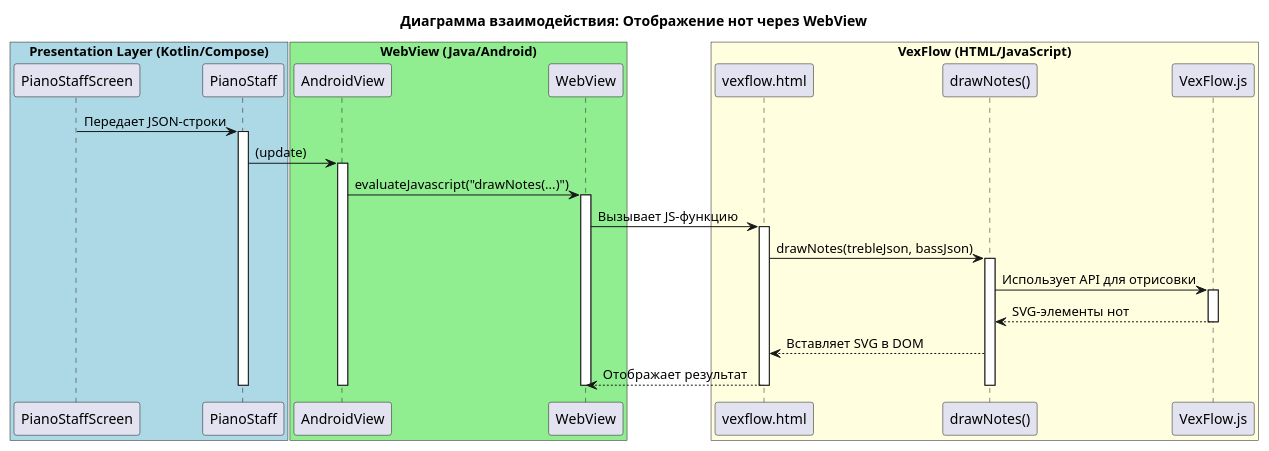
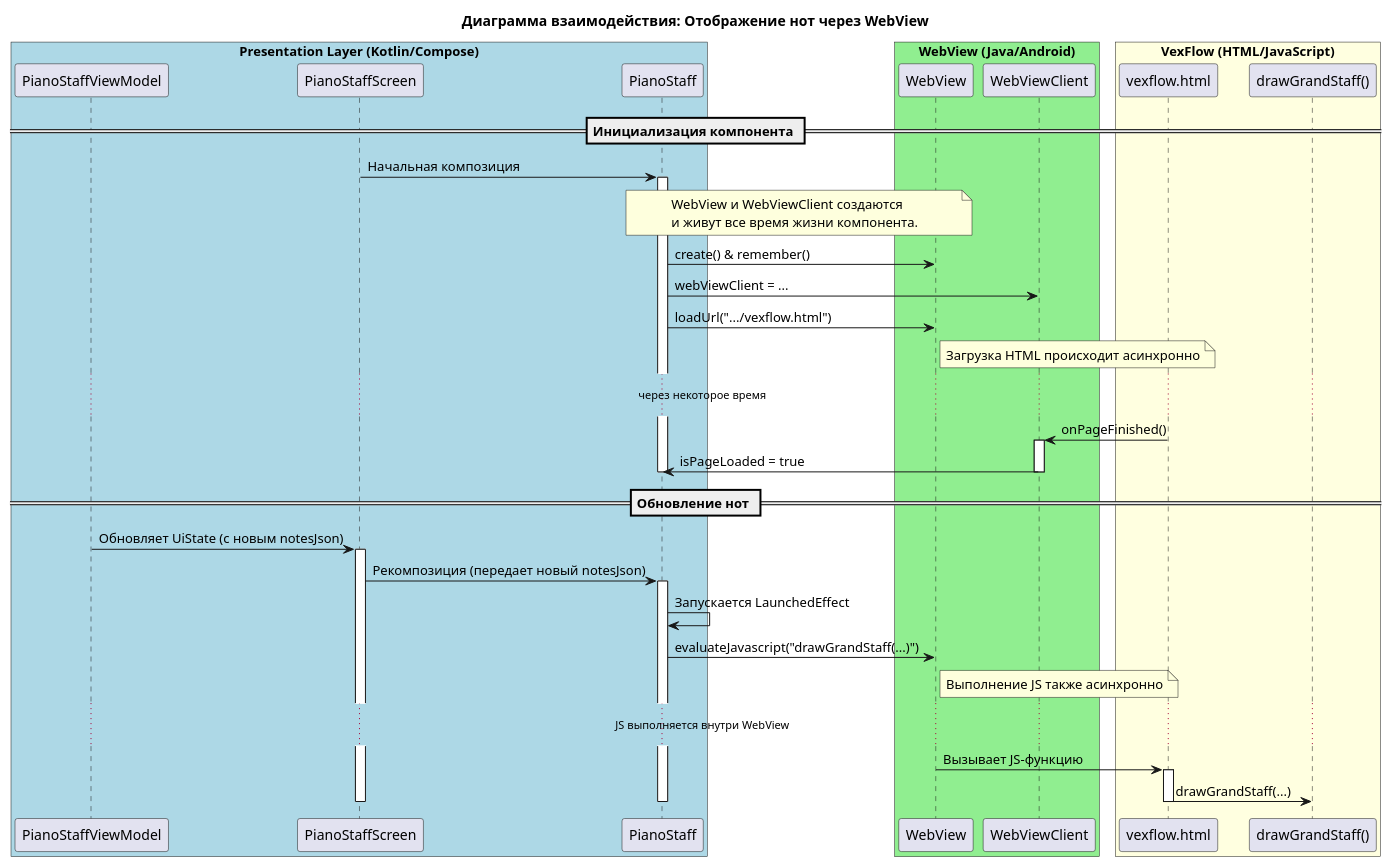
One commit to astrizhachuk/PianoFlow changed the seventh of 7 diagrams in docs/ru/ts/MIDI_MESSAGE_PROCESSING.md. Above: the diagram before and after it, drawn with PlantUML. The commit also changed other lines of this file and 11 other files, not shown here.

````diff
--- a/docs/ru/ts/MIDI_MESSAGE_PROCESSING.md
+++ b/docs/ru/ts/MIDI_MESSAGE_PROCESSING.md
@@ -364,51 +426,66 @@
 ```plantuml
 @startuml
 title Диаграмма взаимодействия: Отображение нот через WebView
 
 box "Presentation Layer (Kotlin/Compose)" #LightBlue
+    participant "PianoStaffViewModel" as VM
     participant "PianoStaffScreen" as Screen
     participant "PianoStaff" as StaffComposable
 end box
 
 box "WebView (Java/Android)" #LightGreen
-    participant "AndroidView" as AndroidView
     participant "WebView" as WebView
+    participant "WebViewClient" as WebViewClient
 end box
 
 box "VexFlow (HTML/JavaScript)" #LightYellow
     participant "vexflow.html" as HtmlPage
-    participant "drawNotes()" as DrawJsFunc
-    participant "VexFlow.js" as VexFlowLib
+    participant "drawGrandStaff()" as DrawJsFunc
 end box
 
-Screen -> StaffComposable : Передает JSON-строки
+== Инициализация компонента ==
+
+Screen -> StaffComposable : Начальная композиция
 activate StaffComposable
 
-StaffComposable -> AndroidView : (update)
-activate AndroidView
+note over StaffComposable, WebView: WebView и WebViewClient создаются\nи живут все время жизни компонента.
 
-AndroidView -> WebView : evaluateJavascript("drawNotes(...)")
-activate WebView
+StaffComposable -> WebView : create() & remember()
+StaffComposable -> WebViewClient : webViewClient = ...
+StaffComposable -> WebView : loadUrl(".../vexflow.html")
 
+note right of WebView: Загрузка HTML происходит асинхронно
+
+... через некоторое время ...
+
+HtmlPage -> WebViewClient : onPageFinished()
+activate WebViewClient
+WebViewClient -> StaffComposable : isPageLoaded = true
+deactivate WebViewClient
+
+deactivate StaffComposable
+
+== Обновление нот ==
+
+VM -> Screen : Обновляет UiState (с новым notesJson)
+activate Screen
+
+Screen -> StaffComposable : Рекомпозиция (передает новый notesJson)
+activate StaffComposable
+
+StaffComposable -> StaffComposable : Запускается LaunchedEffect
+StaffComposable -> WebView : evaluateJavascript("drawGrandStaff(...)")
+
+note right of WebView: Выполнение JS также асинхронно
+
+... JS выполняется внутри WebView ...
 WebView -> HtmlPage : Вызывает JS-функцию
 activate HtmlPage
+HtmlPage -> DrawJsFunc : drawGrandStaff(...)
+deactivate HtmlPage
 
-HtmlPage -> DrawJsFunc : drawNotes(trebleJson, bassJson)
-activate DrawJsFunc
-
-DrawJsFunc -> VexFlowLib : Использует API для отрисовки
-activate VexFlowLib
-VexFlowLib --> DrawJsFunc : SVG-элементы нот
-deactivate VexFlowLib
-
-DrawJsFunc --> HtmlPage : Вставляет SVG в DOM
-
-HtmlPage --> WebView : Отображает результат
-deactivate DrawJsFunc
-deactivate HtmlPage
-deactivate WebView
-deactivate AndroidView
 deactivate StaffComposable
+deactivate Screen
 
 @enduml
 ```
````
